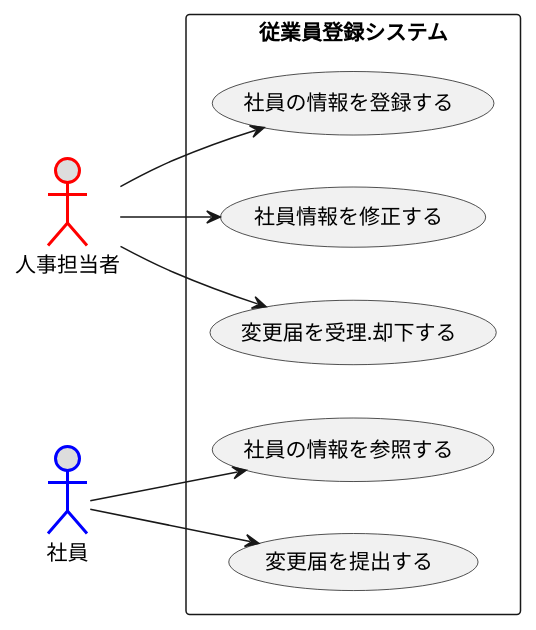
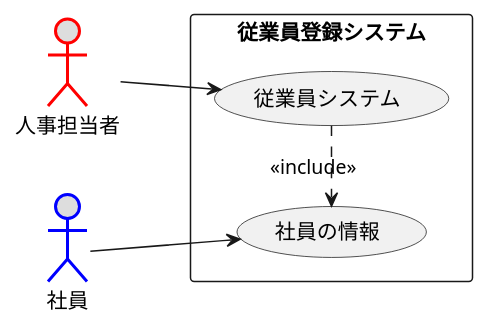
Before and after one commit to Sreia1129/uml-introduction: the diagram in 演習2-6_森岡システム_従業員登録システム.pu, drawn with PlantUML.

Commit message:
間違いの直し

```diff
--- a/演習2-6_森岡システム_従業員登録システム.pu
+++ b/演習2-6_森岡システム_従業員登録システム.pu
@@ -1,19 +1,14 @@
 @startuml ユースケース図
 left to right direction
 actor 人事担当者 #DDDDDD;line:Red;line.bold;
 actor 社員 #DDDDDD;line:Blue;line.bold;
 rectangle 従業員登録システム {
-usecase 社員の情報を登録する
-usecase 社員情報を修正する
-usecase 変更届を受理.却下する
-usecase 社員の情報を参照する
-usecase 変更届を提出する
+usecase 社員の情報
+usecase 従業員システム
 }
-人事担当者 --> 社員の情報を登録する
-人事担当者-->社員情報を修正する
-人事担当者-->変更届を受理.却下する
-社員-->変更届を提出する
-社員 --> 社員の情報を参照する
+人事担当者 --> 従業員システム
+社員 --> 社員の情報
+従業員システム.> 社員の情報: << include >>
 
 
 @enduml
```
